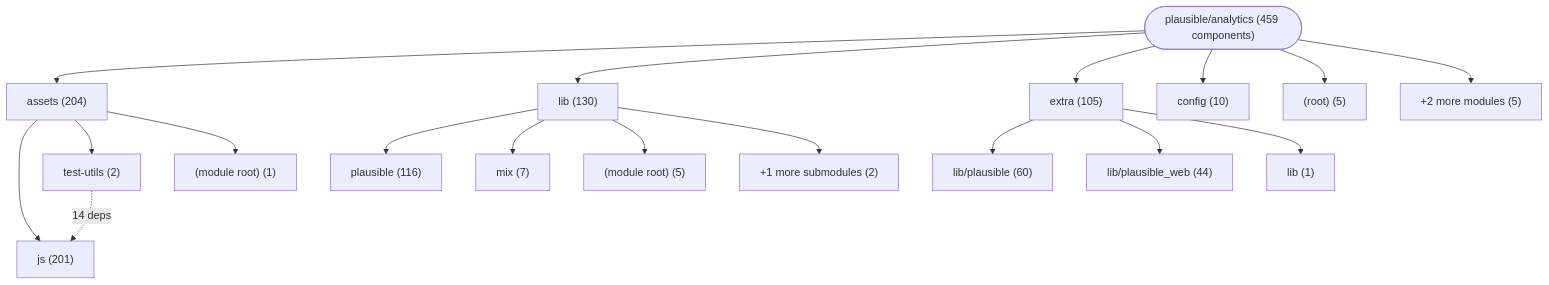
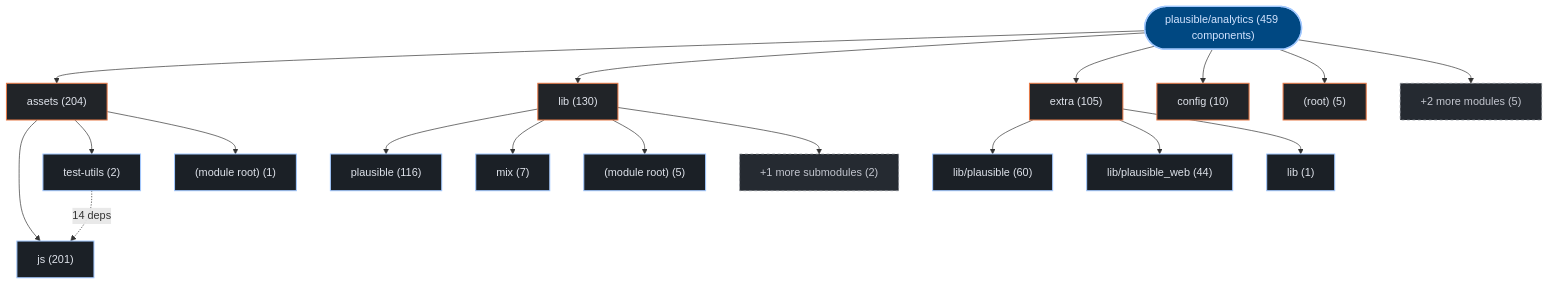
Before and after one commit to kumarshaz/atruss-code-atlas: the first of 3 diagrams in exports/latest/reports/plausible-analytics-report.md, drawn with Mermaid. The commit also changed other lines of this file and 331 other files, not shown here.

Commit message:
docs,ui,fix: update SDLC docs, reorder CI/CD DAG first, stylize Mermaid, and fix Arc42 pipeline topology

````diff
--- a/exports/latest/reports/plausible-analytics-report.md
+++ b/exports/latest/reports/plausible-analytics-report.md
@@ -42,37 +42,44 @@
 ```mermaid
 graph TD;
-    repo_root(["plausible/analytics (459 components)"])
-    dir_0_assets["assets (204)"]
+  classDef atlasRoot fill:#004882,stroke:#a3c9ff,stroke-width:2px,color:#d3e4ff
+  classDef atlasCategory fill:#212428,stroke:#E87A48,stroke-width:1.5px,color:#dfe3eb
+  classDef atlasWorkflow fill:#1b2026,stroke:#a3c9ff,stroke-width:1.5px,color:#dfe3eb
+  classDef atlasJob fill:#171c22,stroke:#8d9199,stroke-width:1px,color:#dfe3eb
+  classDef atlasTarget fill:#005227,stroke:#8bd99b,stroke-width:1.5px,color:#a7f6b6
+  classDef atlasAlert fill:#93000a,stroke:#ffb4ab,stroke-width:1.5px,color:#ffdad6
+  classDef atlasMore fill:#252a31,stroke:#8d9199,stroke-dasharray:4 4,color:#c3c6cf
+    repo_root(["plausible/analytics (459 components)"]):::atlasRoot
+    dir_0_assets["assets (204)"]:::atlasCategory
     repo_root --> dir_0_assets
-    sub_0_0_js["js (201)"]
+    sub_0_0_js["js (201)"]:::atlasWorkflow
     dir_0_assets --> sub_0_0_js
-    sub_0_1_test_utils["test-utils (2)"]
+    sub_0_1_test_utils["test-utils (2)"]:::atlasWorkflow
     dir_0_assets --> sub_0_1_test_utils
-    sub_0_2__module_root_["(module root) (1)"]
+    sub_0_2__module_root_["(module root) (1)"]:::atlasWorkflow
     dir_0_assets --> sub_0_2__module_root_
-    dir_1_lib["lib (130)"]
+    dir_1_lib["lib (130)"]:::atlasCategory
     repo_root --> dir_1_lib
-    sub_1_0_plausible["plausible (116)"]
+    sub_1_0_plausible["plausible (116)"]:::atlasWorkflow
     dir_1_lib --> sub_1_0_plausible
-    sub_1_1_mix["mix (7)"]
+    sub_1_1_mix["mix (7)"]:::atlasWorkflow
     dir_1_lib --> sub_1_1_mix
-    sub_1_2__module_root_["(module root) (5)"]
+    sub_1_2__module_root_["(module root) (5)"]:::atlasWorkflow
     dir_1_lib --> sub_1_2__module_root_
-    sub_1_more["+1 more submodules (2)"]
+    sub_1_more["+1 more submodules (2)"]:::atlasMore
     dir_1_lib --> sub_1_more
-    dir_2_extra["extra (105)"]
+    dir_2_extra["extra (105)"]:::atlasCategory
     repo_root --> dir_2_extra
-    sub_2_0_lib_plausible["lib/plausible (60)"]
+    sub_2_0_lib_plausible["lib/plausible (60)"]:::atlasWorkflow
     dir_2_extra --> sub_2_0_lib_plausible
-    sub_2_1_lib_plausible_web["lib/plausible_web (44)"]
+    sub_2_1_lib_plausible_web["lib/plausible_web (44)"]:::atlasWorkflow
     dir_2_extra --> sub_2_1_lib_plausible_web
-    sub_2_2_lib["lib (1)"]
+    sub_2_2_lib["lib (1)"]:::atlasWorkflow
     dir_2_extra --> sub_2_2_lib
-    dir_3_config["config (10)"]
+    dir_3_config["config (10)"]:::atlasCategory
     repo_root --> dir_3_config
-    dir_4__root_["(root) (5)"]
+    dir_4__root_["(root) (5)"]:::atlasCategory
     repo_root --> dir_4__root_
-    dir_other_modules["+2 more modules (5)"]
+    dir_other_modules["+2 more modules (5)"]:::atlasMore
     repo_root --> dir_other_modules
     sub_0_1_test_utils -.->|"14 deps"| sub_0_0_js
 ```
````
